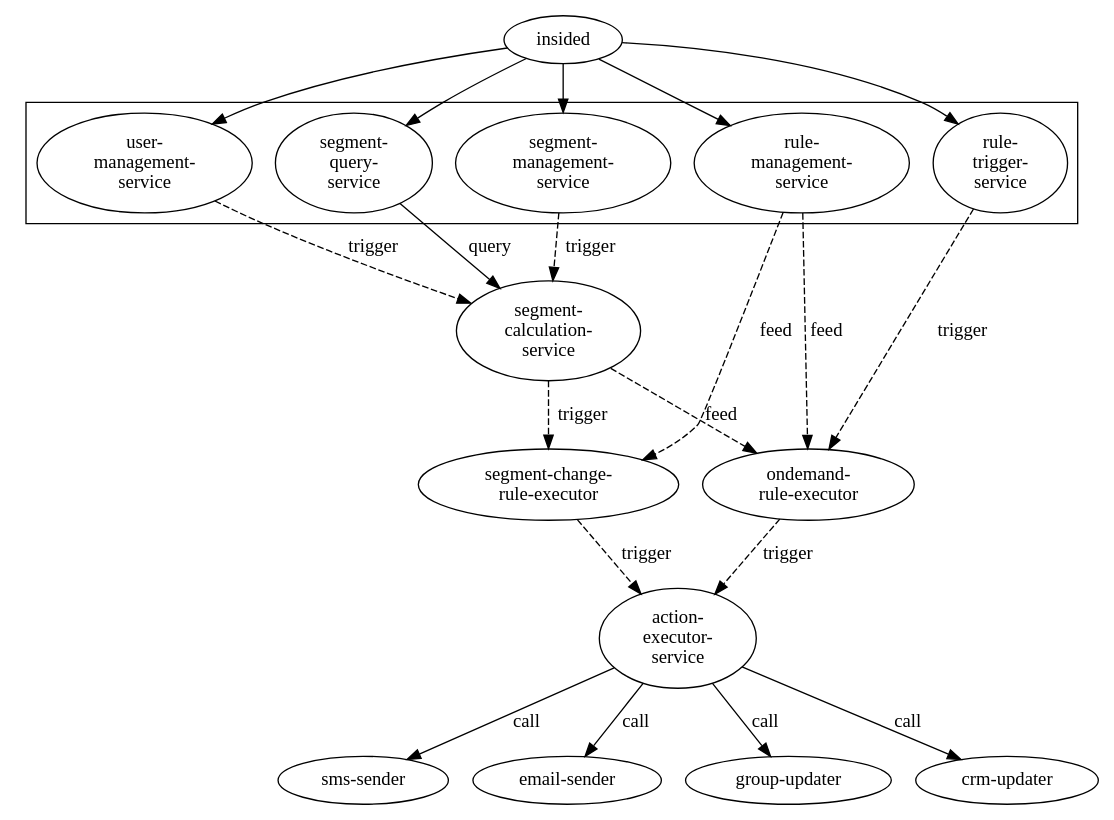
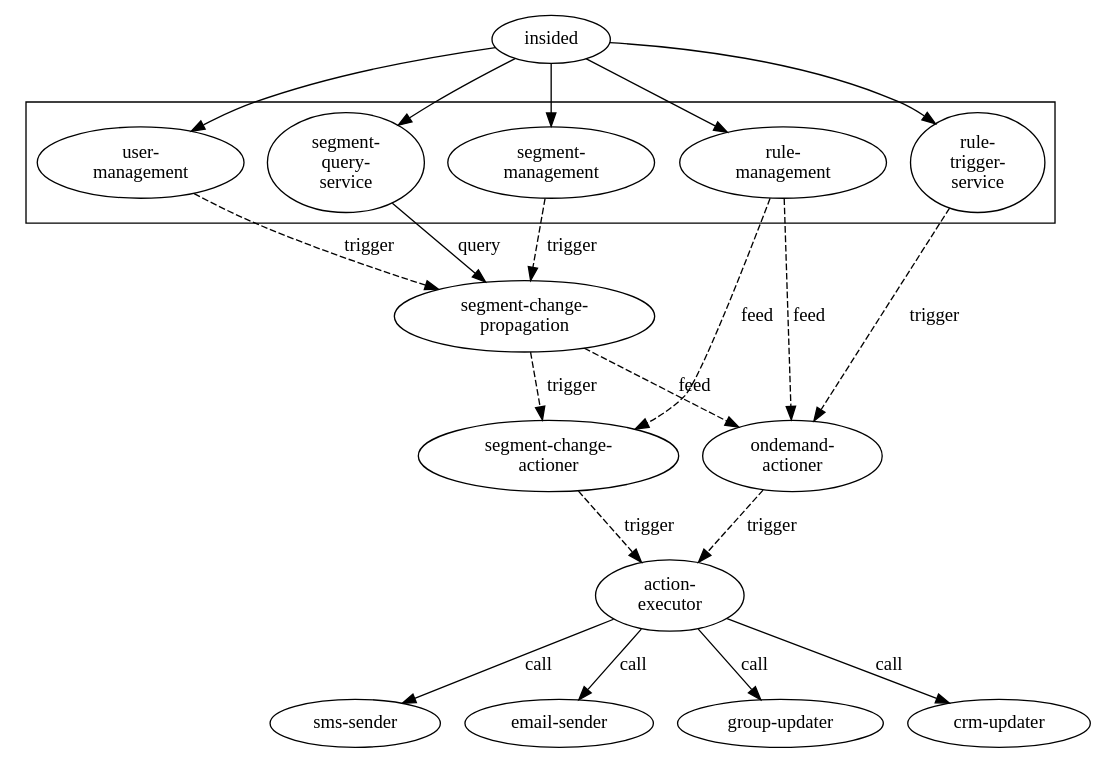
Before and after one commit to MarcGrol/userautomation: the diagram in doc/architecture.dot, drawn with Graphviz. The commit also changed 3 other files, not shown here.

Commit message:
adjusted naming in architecture image

```diff
--- a/doc/architecture.dot
+++ b/doc/architecture.dot
@@ -1,38 +1,38 @@
     digraph G {
     
       rankdir="TD"
       
       insided -> "rule-\ntrigger-\nservice"
-      insided -> "rule-\nmanagement-\nservice"
-      insided -> "user-\nmanagement-\nservice"
-      insided -> "segment-\nmanagement-\nservice"
+      insided -> "rule-\nmanagement"
+      insided -> "user-\nmanagement"
+      insided -> "segment-\nmanagement"
       insided -> "segment-\nquery-\nservice"
 
       subgraph cluster_Web {
           "rule-\ntrigger-\nservice"
-          "rule-\nmanagement-\nservice"
-          "user-\nmanagement-\nservice"
-          "segment-\nmanagement-\nservice"
+          "rule-\nmanagement"
+          "user-\nmanagement"
+          "segment-\nmanagement"
           "segment-\nquery-\nservice"
       }
 
-       "rule-\ntrigger-\nservice" -> "ondemand-\nrule-executor" [style=dashed, label=trigger]
-      "segment-\nmanagement-\nservice" -> "segment-\ncalculation-\nservice" [style=dashed, label=trigger]
-      "segment-\nquery-\nservice" -> "segment-\ncalculation-\nservice" [label=query]
+       "rule-\ntrigger-\nservice" -> "ondemand-\nactioner" [style=dashed, label=trigger]
+      "segment-\nmanagement" -> "segment-change-\npropagation" [style=dashed, label=trigger]
+      "segment-\nquery-\nservice" -> "segment-change-\npropagation" [label=query]
 
-      "rule-\nmanagement-\nservice" -> "ondemand-\nrule-executor" [style=dashed, label=feed]
+      "rule-\nmanagement" -> "ondemand-\nactioner" [style=dashed, label=feed]
 
-      "user-\nmanagement-\nservice" -> "segment-\ncalculation-\nservice" [style=dashed, label=trigger]
-      "segment-\ncalculation-\nservice" -> "ondemand-\nrule-executor" [style=dashed, label=feed]
+      "user-\nmanagement" -> "segment-change-\npropagation" [style=dashed, label=trigger]
+      "segment-change-\npropagation" -> "ondemand-\nactioner" [style=dashed, label=feed]
 
-      "segment-\ncalculation-\nservice" -> "segment-change-\nrule-executor"  [style=dashed, label=trigger]
-      "rule-\nmanagement-\nservice" -> "segment-change-\nrule-executor" [style=dashed, label=feed]
-      "segment-change-\nrule-executor" -> "action-\nexecutor-\nservice" [style=dashed, label=trigger]
+      "segment-change-\npropagation" -> "segment-change-\nactioner"  [style=dashed, label=trigger]
+      "rule-\nmanagement" -> "segment-change-\nactioner" [style=dashed, label=feed]
+      "segment-change-\nactioner" -> "action-\nexecutor" [style=dashed, label=trigger]
 
-      "ondemand-\nrule-executor" -> "action-\nexecutor-\nservice" [style=dashed, label=trigger]
+      "ondemand-\nactioner" -> "action-\nexecutor" [style=dashed, label=trigger]
 
-      "action-\nexecutor-\nservice" -> "sms-sender" [label=call]
-      "action-\nexecutor-\nservice" -> "email-sender" [label=call]
-      "action-\nexecutor-\nservice" -> "group-updater" [label=call]
-      "action-\nexecutor-\nservice" -> "crm-updater" [label=call]
+      "action-\nexecutor" -> "sms-sender" [label=call]
+      "action-\nexecutor" -> "email-sender" [label=call]
+      "action-\nexecutor" -> "group-updater" [label=call]
+      "action-\nexecutor" -> "crm-updater" [label=call]
     }
```
